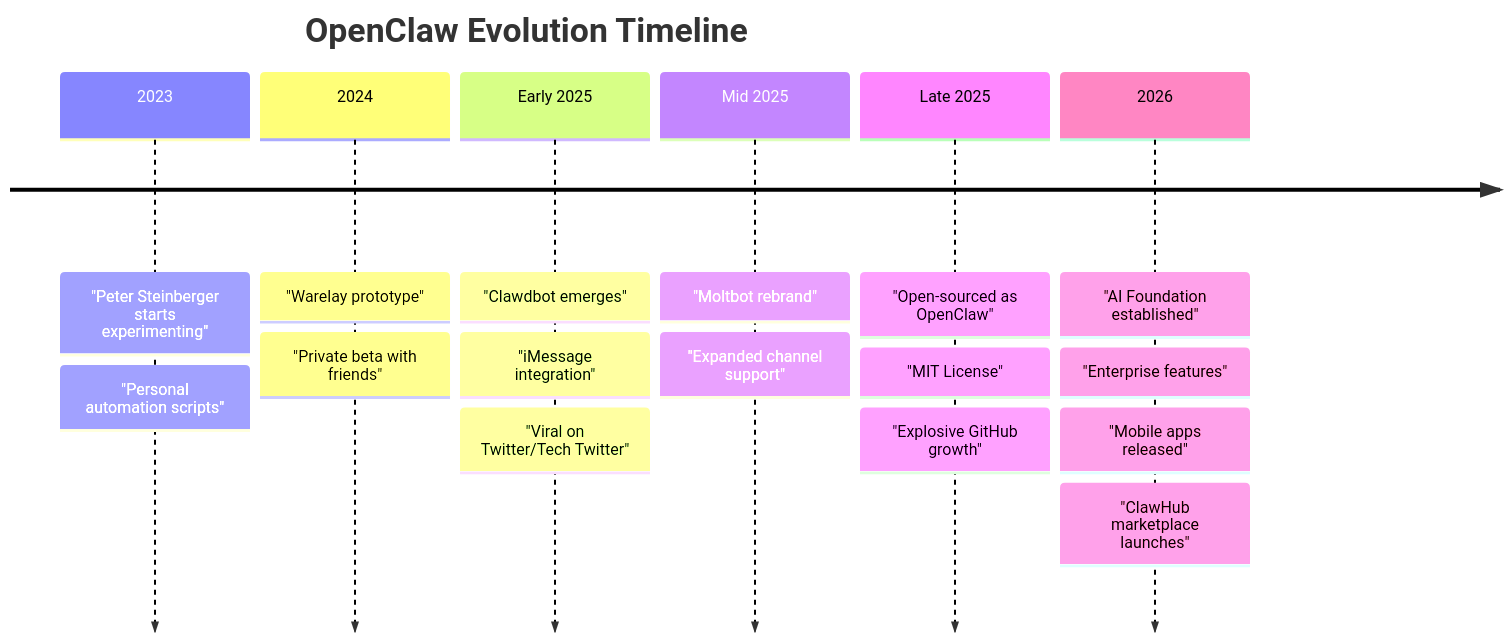
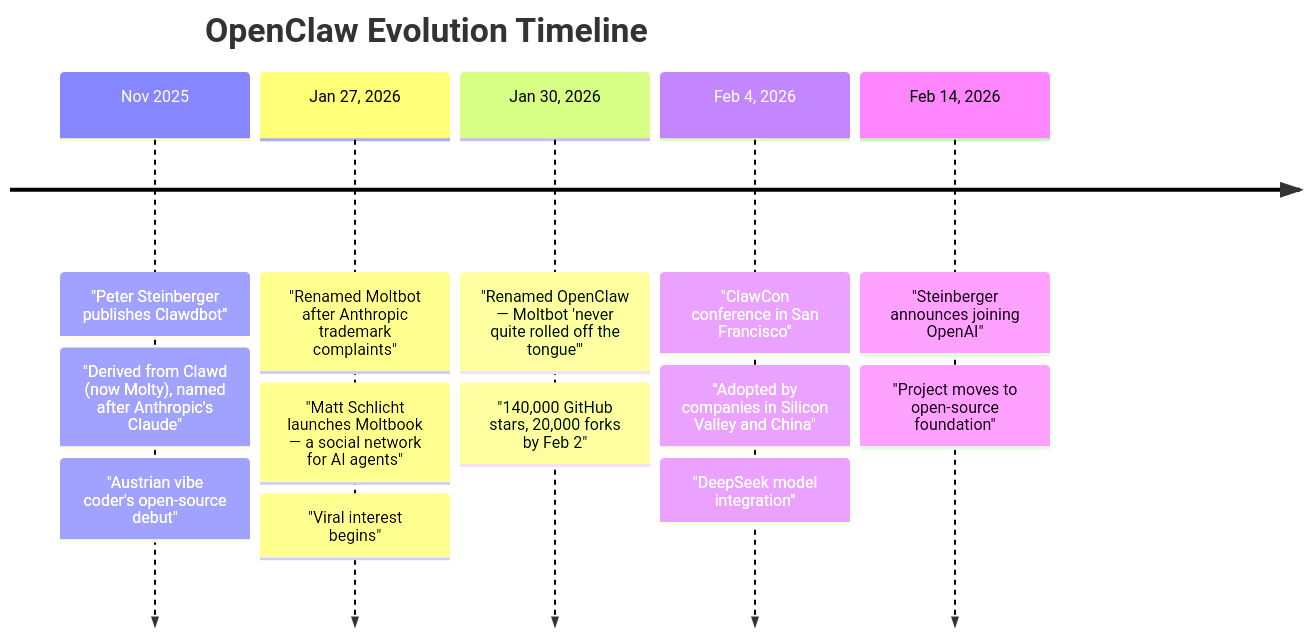
The first of 7 diagrams in openclaw-tutorial.md (haopeilin/haopeilin.github.io), drawn with Mermaid before and after one commit. The commit also changed 1 other file, not shown here.

Commit message:
Fix timeline with accurate history from Wikipedia: Clawdbot Nov 2025, Moltbot Jan 27, OpenClaw Jan 30, ClawCon Feb 4, Steinberger joins OpenAI Feb 14 2026

````diff
--- a/openclaw-tutorial.md
+++ b/openclaw-tutorial.md
@@ -147,20 +147,17 @@
 ```mermaid
 timeline
     title OpenClaw Evolution Timeline
-    2023 : "Peter Steinberger starts experimenting"
-         : "Personal automation scripts"
-    2024 : "Warelay prototype"
-         : "Private beta with friends"
-    Early 2025 : "Clawdbot emerges"
-               : "iMessage integration"
-               : "Viral on Twitter/Tech Twitter"
-    Mid 2025 : "Moltbot rebrand"
-             : "Expanded channel support"
-    Late 2025 : "Open-sourced as OpenClaw"
-              : "MIT License"
-              : "Explosive GitHub growth"
-    2026 : "AI Foundation established"
-         : "Enterprise features"
-         : "Mobile apps released"
-         : "ClawHub marketplace launches"
+    Nov 2025 : "Peter Steinberger publishes Clawdbot"
+             : "Derived from Clawd (now Molty), named after Anthropic's Claude"
+             : "Austrian vibe coder's open-source debut"
+    Jan 27, 2026 : "Renamed Moltbot after Anthropic trademark complaints"
+                 : "Matt Schlicht launches Moltbook — a social network for AI agents"
+                 : "Viral interest begins"
+    Jan 30, 2026 : "Renamed OpenClaw — Moltbot 'never quite rolled off the tongue'"
+                 : "140,000 GitHub stars, 20,000 forks by Feb 2"
+    Feb 4, 2026 : "ClawCon conference in San Francisco"
+                : "Adopted by companies in Silicon Valley and China"
+                : "DeepSeek model integration"
+    Feb 14, 2026 : "Steinberger announces joining OpenAI"
+                 : "Project moves to open-source foundation"
 ```
````
